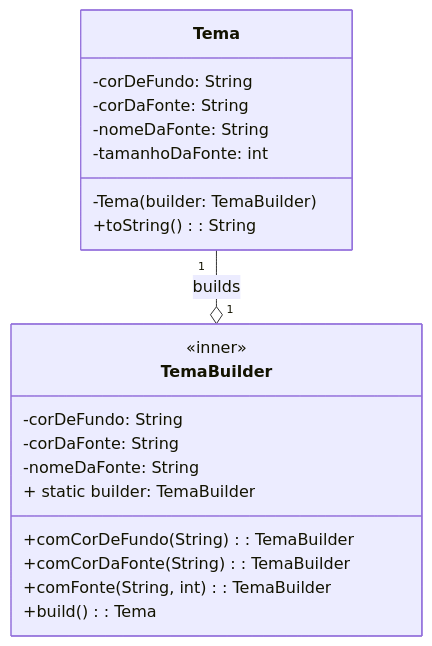
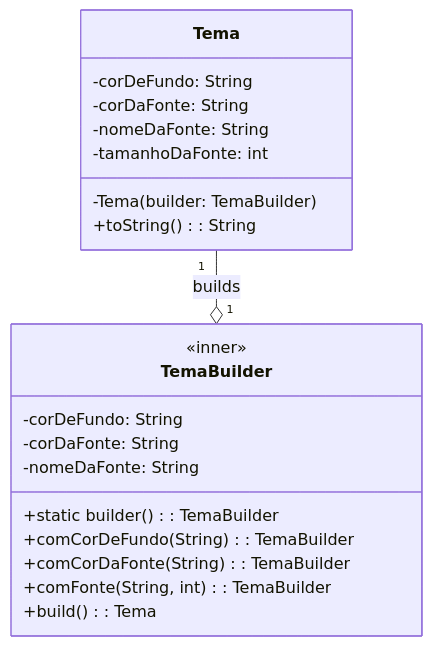
One commit to delanohelio/aps changed the first of 2 diagrams in 1-criacionais/5-exercicio.md. Above: the diagram before and after it, drawn with Mermaid.

````diff
--- a/1-criacionais/5-exercicio.md
+++ b/1-criacionais/5-exercicio.md
@@ -16,25 +16,25 @@
 ```mermaid
 classDiagram
     class Tema {
         -corDeFundo: String
         -corDaFonte: String
         -nomeDaFonte: String
         -tamanhoDaFonte: int
         -Tema(builder: TemaBuilder)
         +toString(): String
     }
 
     class TemaBuilder {
         <<inner>>
         -corDeFundo: String
         -corDaFonte: String
         -nomeDaFonte: String
-        + static builder: TemaBuilder
+        +static builder(): TemaBuilder
         +comCorDeFundo(String): TemaBuilder
         +comCorDaFonte(String): TemaBuilder
         +comFonte(String, int): TemaBuilder
         +build(): Tema
     }
 
     Tema "1" --o "1" TemaBuilder : builds
 ```
````
